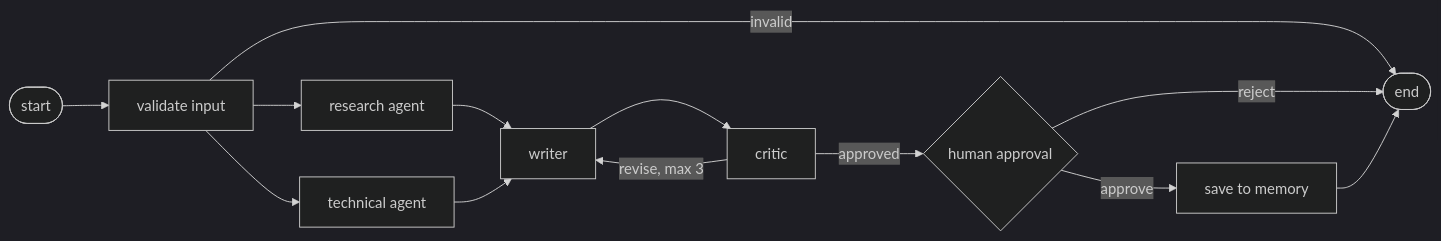
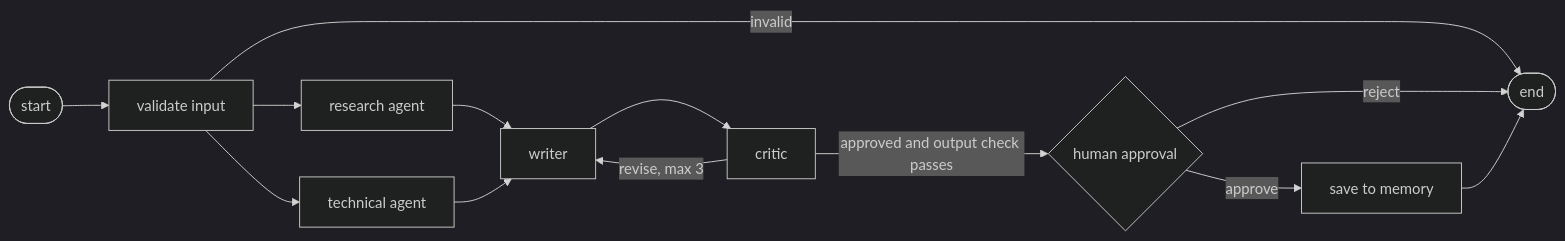
One commit to Rohitcvs/Investment-Agent changed the diagram in README.md. Above: the diagram before and after it, drawn with Mermaid (dark theme). The commit also changed other lines of this file and 2 other files, not shown here.

First line of the commit message:
Polish README: CI and stack badges, output check in diagram

````diff
--- a/README.md
+++ b/README.md
@@ -17,15 +21,15 @@
 ```mermaid
 graph LR
     S([start]) --> V[validate input]
     V -->|invalid| E([end])
     V --> R[research agent]
     V --> T[technical agent]
     R --> W[writer]
     T --> W
     W --> C[critic]
     C -->|revise, max 3| W
-    C -->|approved| A{human approval}
+    C -->|approved and output check passes| A{human approval}
     A -->|approve| M[save to memory]
     A -->|reject| E
     M --> E
 ```
````
